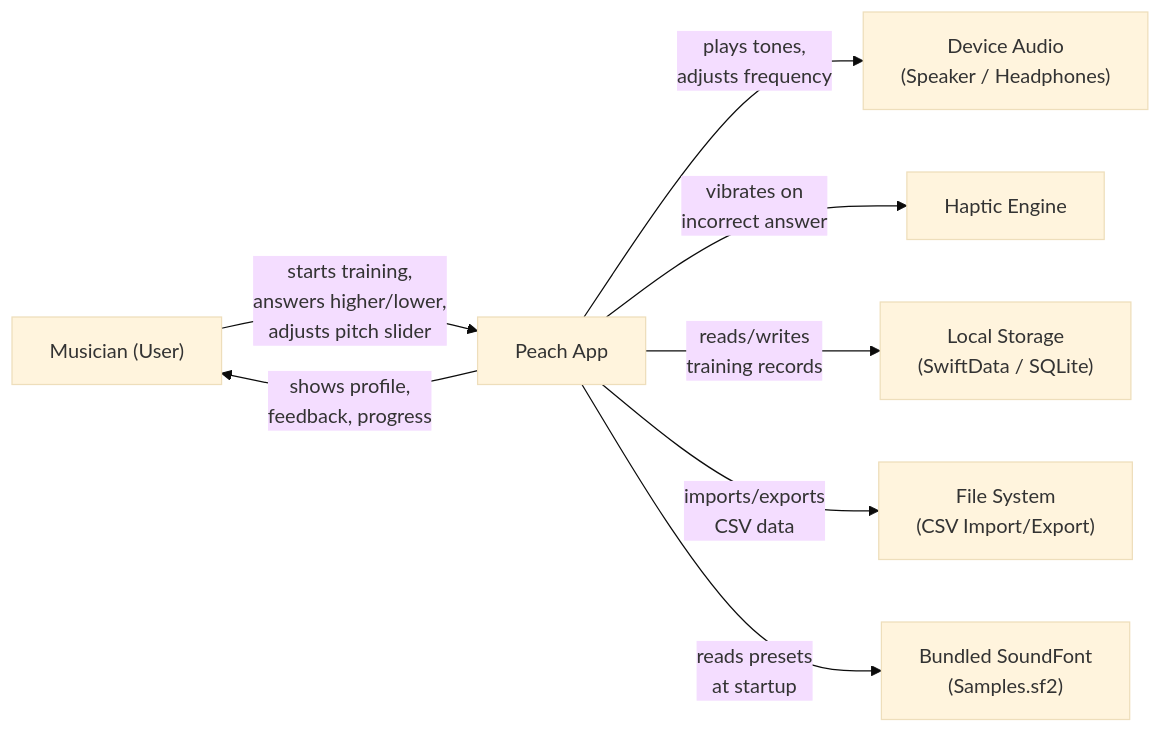
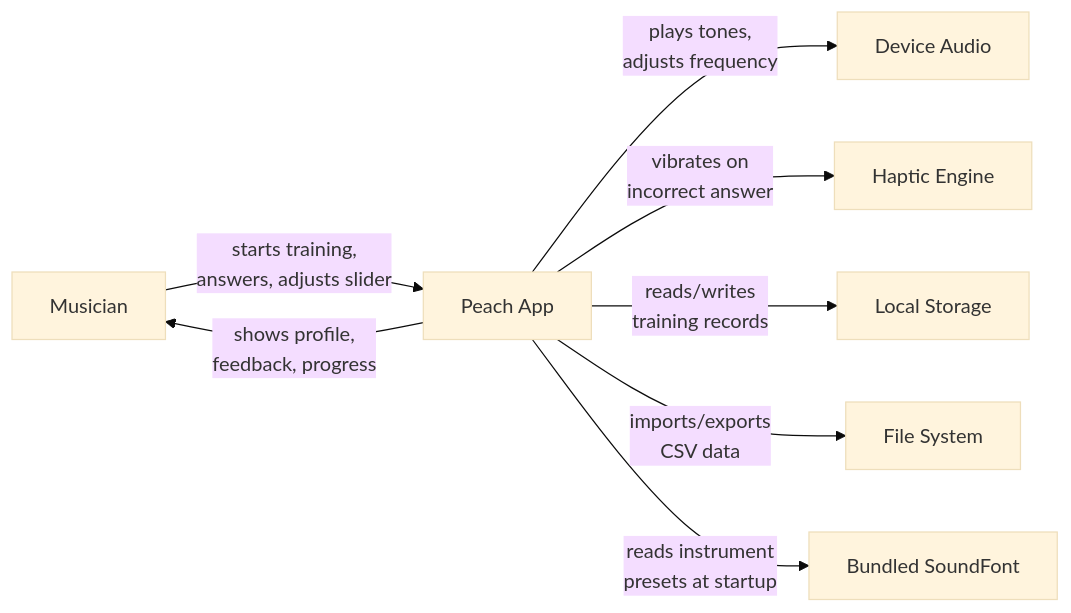
The first of 7 diagrams in docs/arc42.md (mschuerig/peach-ios), drawn with Mermaid (base theme) before and after one commit. The commit also changed other lines of this file, not shown here.

First line of the commit message:
Elevate arc42 docs from implementation summary to architectural intent

````diff
--- a/docs/arc42.md
+++ b/docs/arc42.md
@@ -68,18 +68,18 @@
 ```mermaid
 graph LR
-    User["Musician (User)"]
+    User["Musician"]
     Peach["Peach App"]
-    Audio["Device Audio<br/>(Speaker / Headphones)"]
+    Audio["Device Audio"]
     Haptics["Haptic Engine"]
-    Storage["Local Storage<br/>(SwiftData / SQLite)"]
-    FS["File System<br/>(CSV Import/Export)"]
-    SF2["Bundled SoundFont<br/>(Samples.sf2)"]
+    Storage["Local Storage"]
+    FS["File System"]
+    SF2["Bundled SoundFont"]
 
-    User -- "starts training,<br/>answers higher/lower,<br/>adjusts pitch slider" --> Peach
+    User -- "starts training,<br/>answers, adjusts slider" --> Peach
     Peach -- "plays tones,<br/>adjusts frequency" --> Audio
     Peach -- "vibrates on<br/>incorrect answer" --> Haptics
     Peach -- "reads/writes<br/>training records" --> Storage
     Peach -- "imports/exports<br/>CSV data" --> FS
-    Peach -- "reads presets<br/>at startup" --> SF2
+    Peach -- "reads instrument<br/>presets at startup" --> SF2
     Peach -- "shows profile,<br/>feedback, progress" --> User
 ```
````
